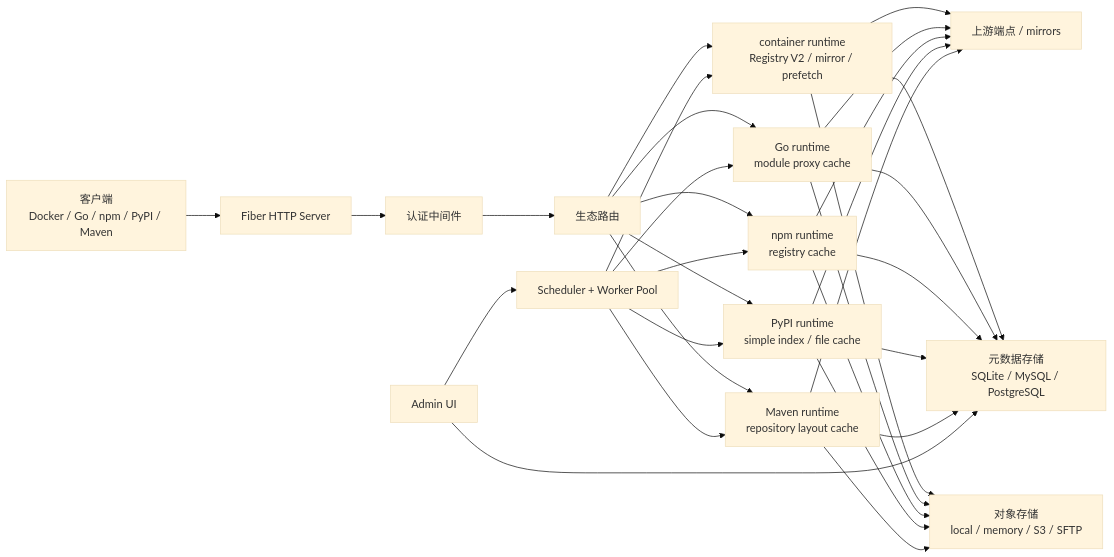
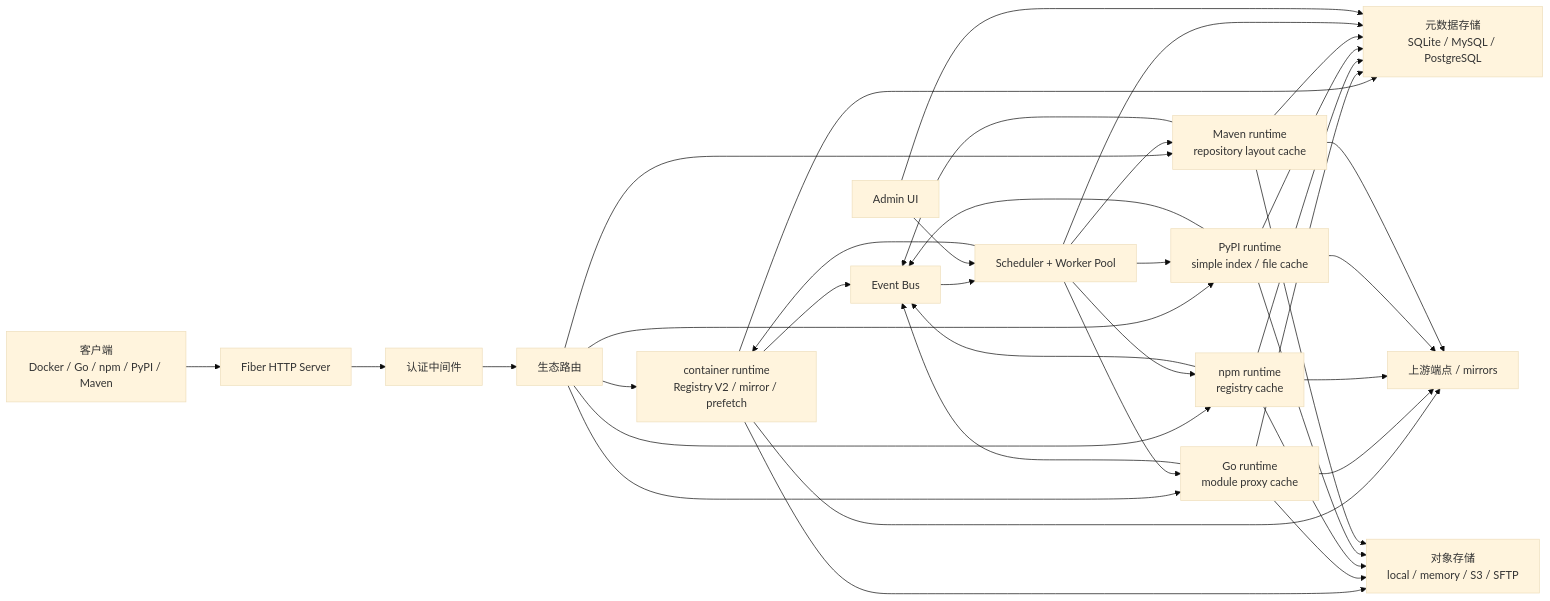
The first of 4 diagrams in docs/zh/design.md (lyonbrown4d/regimux), drawn with Mermaid (base theme) before and after one commit. The commit also changed other lines of this file and 3 other files, not shown here.

````diff
--- a/docs/zh/design.md
+++ b/docs/zh/design.md
@@ -13,37 +13,44 @@
 ```mermaid
 flowchart LR
   client["客户端<br/>Docker / Go / npm / PyPI / Maven"] --> api["Fiber HTTP Server"]
   api --> auth["认证中间件"]
   auth --> routes["生态路由"]
   routes --> container["container runtime<br/>Registry V2 / mirror / prefetch"]
   routes --> golang["Go runtime<br/>module proxy cache"]
   routes --> npm["npm runtime<br/>registry cache"]
   routes --> pypi["PyPI runtime<br/>simple index / file cache"]
   routes --> maven["Maven runtime<br/>repository layout cache"]
 
   container --> upstreams["上游端点 / mirrors"]
   golang --> upstreams
   npm --> upstreams
   pypi --> upstreams
   maven --> upstreams
 
   container --> meta["元数据存储<br/>SQLite / MySQL / PostgreSQL"]
   golang --> meta
   npm --> meta
   pypi --> meta
   maven --> meta
 
   container --> objects["对象存储<br/>local / memory / S3 / SFTP"]
   golang --> objects
   npm --> objects
   pypi --> objects
   maven --> objects
 
   scheduler["Scheduler + Worker Pool"] --> container
   scheduler --> golang
   scheduler --> npm
   scheduler --> pypi
   scheduler --> maven
+  events["Event Bus"] --> scheduler
+  container --> events
+  golang --> events
+  npm --> events
+  pypi --> events
+  maven --> events
+  scheduler --> meta
   admin["Admin UI"] --> scheduler
   admin --> meta
 ```
````
